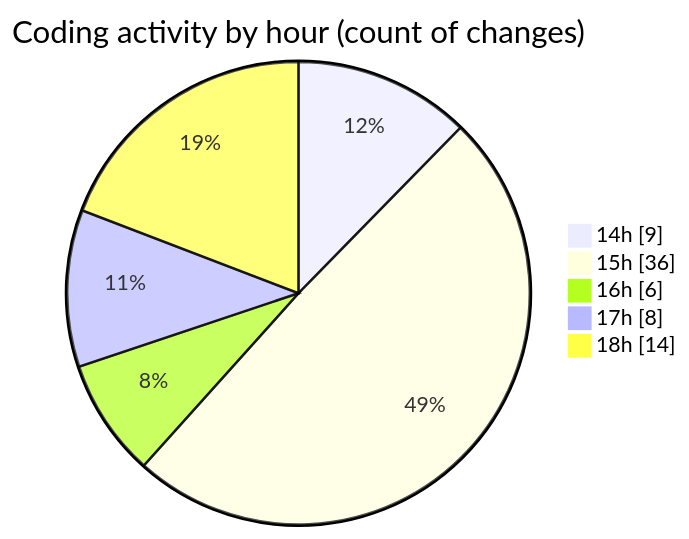
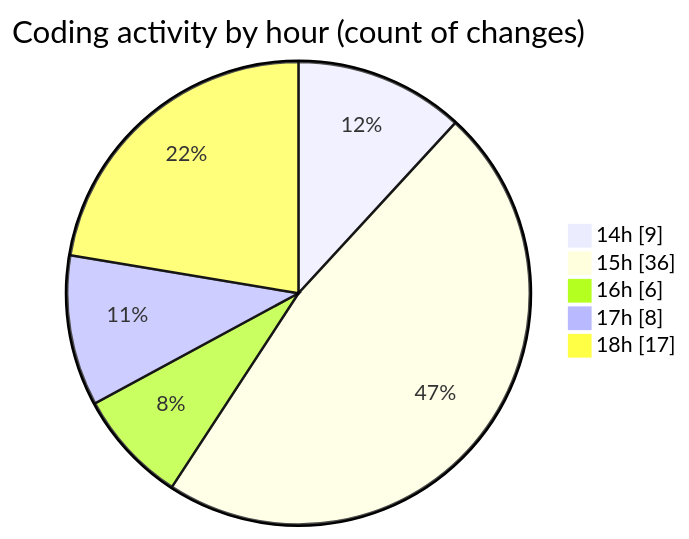
Before and after one commit to Ritupan-Deka/code-tracking: the second of 2 diagrams in 2025-06-17/projects/README.md, drawn with Mermaid. The commit also changed other lines of this file and 1 other file, not shown here.

````diff
--- a/2025-06-17/projects/README.md
+++ b/2025-06-17/projects/README.md
@@ -29,9 +29,9 @@
 ```mermaid
 pie showData
 title Coding activity by hour (count of changes)
 "14h" : 9
 "15h" : 36
 "16h" : 6
 "17h" : 8
-"18h" : 14
+"18h" : 17
 ```
````
